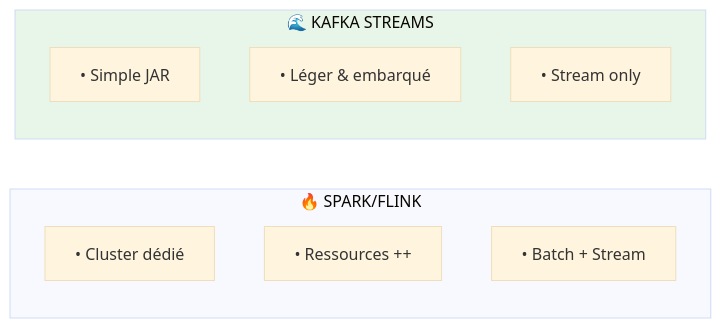
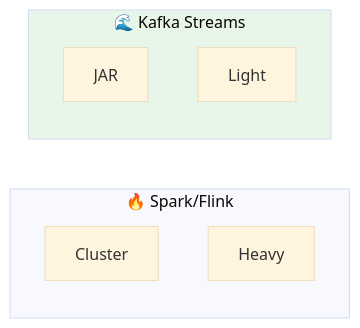
The first of 6 diagrams in formation-v2/day-02-development/module-05-kafka-streams/README.md (msellamiTN/kafka-bhf), drawn with Mermaid (base theme) before and after one commit. The commit also changed other lines of this file and 4 other files, not shown here.

Commit message:
refactor: reorganize Mermaid diagrams - more compact and readable

````diff
--- a/formation-v2/day-02-development/module-05-kafka-streams/README.md
+++ b/formation-v2/day-02-development/module-05-kafka-streams/README.md
@@ -27,16 +27,14 @@
 ```mermaid
 flowchart LR
-    subgraph spark["🔥 SPARK/FLINK"]
-        S1["• Cluster dédié"]
-        S2["• Ressources ++"]
-        S3["• Batch + Stream"]
+    subgraph spark["🔥 Spark/Flink"]
+        S1["Cluster"]
+        S2["Heavy"]
     end
     
-    subgraph streams["🌊 KAFKA STREAMS"]
-        K1["• Simple JAR"]
-        K2["• Léger & embarqué"]
-        K3["• Stream only"]
+    subgraph streams["🌊 Kafka Streams"]
+        K1["JAR"]
+        K2["Light"]
     end
     
     style streams fill:#e8f5e9
 ```
````
